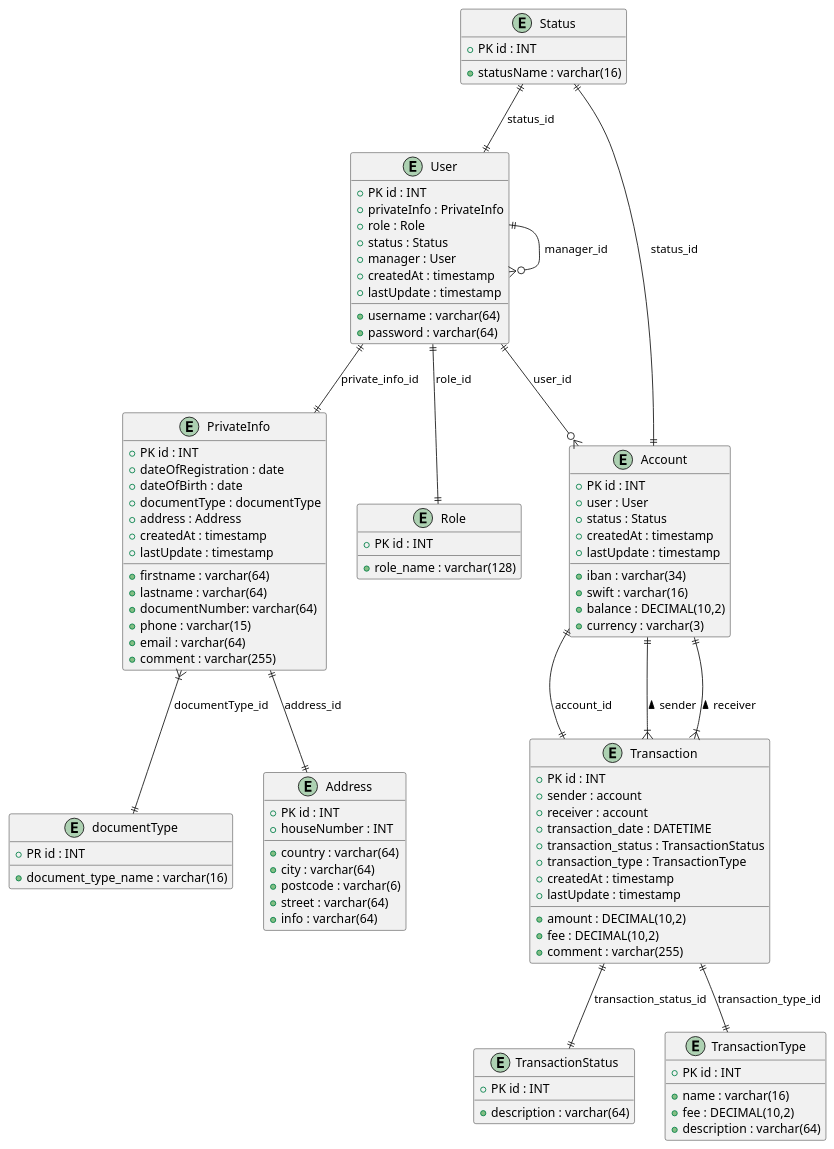
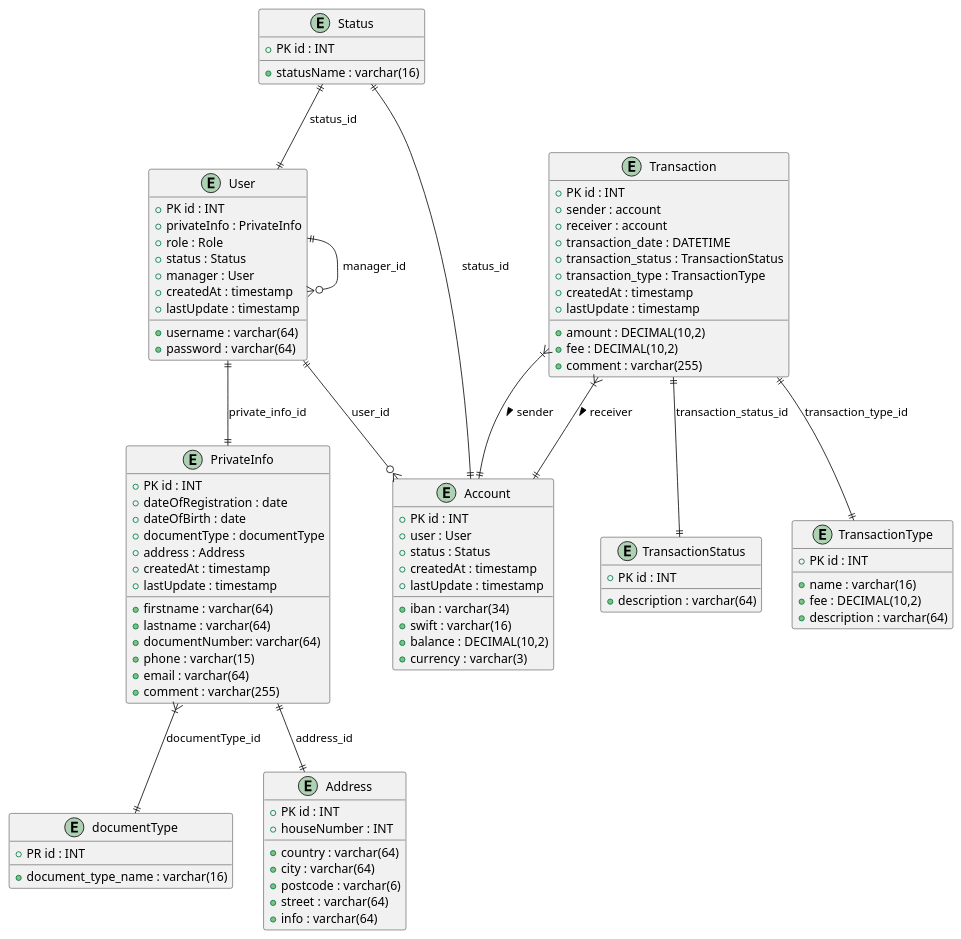
The diagram in src/Diagram.puml (jolivuk/ProjectBankSystem), drawn with PlantUML before and after one commit. The commit also changed 37 other files, not shown here.

```diff
--- a/src/Diagram.puml
+++ b/src/Diagram.puml
@@ -1,115 +1,108 @@
 @startuml
 
 
 ' Домен управления пользователями
 entity User {
    + PK id : INT
    + username : varchar(64)
    + password : varchar(64)
    + privateInfo : PrivateInfo
    + role : Role
    + status : Status
    + manager : User
    + createdAt : timestamp
    + lastUpdate : timestamp
 }
 
 entity PrivateInfo {
    + PK id : INT
    + firstname : varchar(64)
    + lastname : varchar(64)
    + dateOfRegistration : date
    + dateOfBirth : date
    + documentType : documentType
    + documentNumber: varchar(64)
    + phone : varchar(15)
    + email : varchar(64)
    + comment : varchar(255)
    + address : Address
    + createdAt : timestamp
    + lastUpdate : timestamp
 }
 
 entity documentType{
     + PR id : INT
     + document_type_name : varchar(16)
 }
 
 entity Address {
    + PK id : INT
    + country : varchar(64)
    + city : varchar(64)
    + postcode : varchar(6)
    + street : varchar(64)
    + houseNumber : INT
    + info : varchar(64)
-}
-
-entity Role {
-   + PK id : INT
-   + role_name : varchar(128)
 }
 
 ' Домен счетов
 entity Account {
    + PK id : INT
    + user : User
    + iban : varchar(34)
    + swift : varchar(16)
    + status : Status
    + balance : DECIMAL(10,2)
    + currency : varchar(3)
    + createdAt : timestamp
    + lastUpdate : timestamp
 }
 entity Status{
     + PK id : INT
     + statusName : varchar(16)
 }
 
 ' Домен транзакций
 entity Transaction {
    + PK id : INT
    + sender : account
    + receiver : account
    + amount : DECIMAL(10,2)
    + fee : DECIMAL(10,2)
    + comment : varchar(255)
    + transaction_date : DATETIME
    + transaction_status : TransactionStatus
    + transaction_type : TransactionType
    + createdAt : timestamp
    + lastUpdate : timestamp
 }
 
 entity TransactionStatus {
    + PK id : INT
    + description : varchar(64)
 }
 
 entity TransactionType {
    + PK id : INT
    + name : varchar(16)
    + fee : DECIMAL(10,2)
    + description : varchar(64)
 }
 
 ' Связи базового домена
 User ||--|| PrivateInfo : private_info_id
-User ||--|| Role : role_id
 User ||--o{ User : manager_id
 User ||--o{ Account : user_id
 PrivateInfo ||--|| Address : address_id
 PrivateInfo }|--|| documentType : documentType_id
-Account ||--|| Transaction : account_id
 
 ' Связи транзакционного домена
 Transaction }|--|| Account : sender >
 Transaction }|--|| Account : receiver >
 Transaction ||--|| TransactionStatus : transaction_status_id
 Transaction ||--|| TransactionType : transaction_type_id
 
 Status ||--|| Account : status_id
 Status ||--|| User : status_id
 
 @enduml
```
